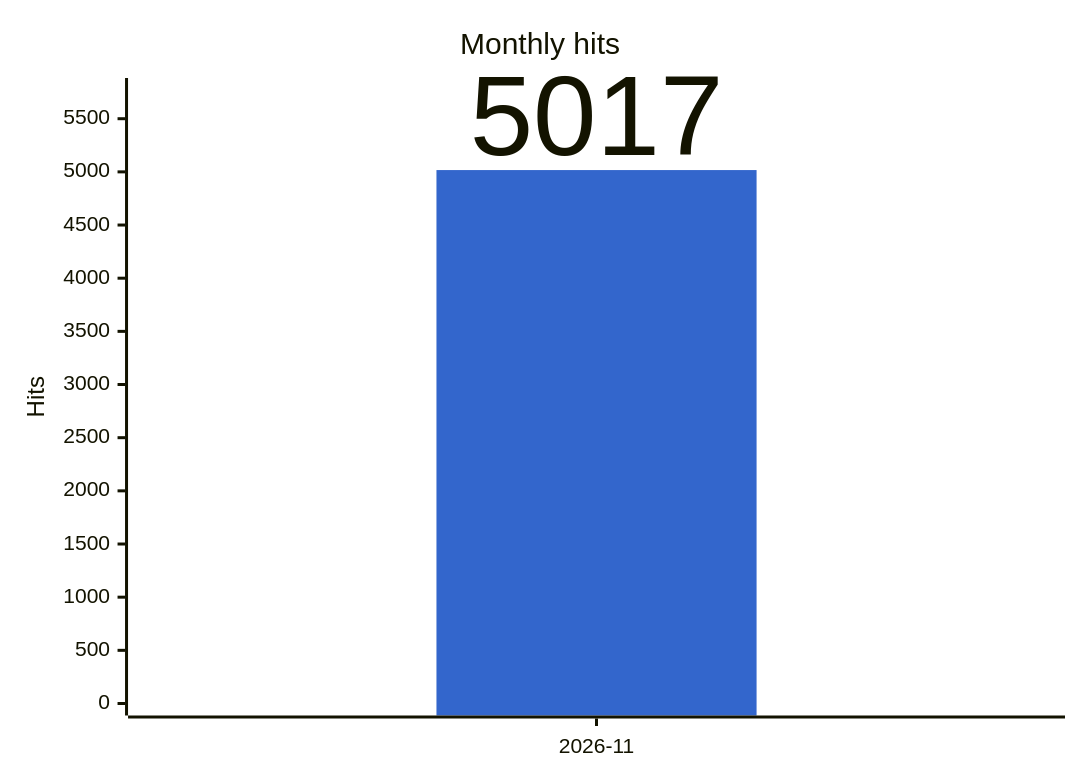
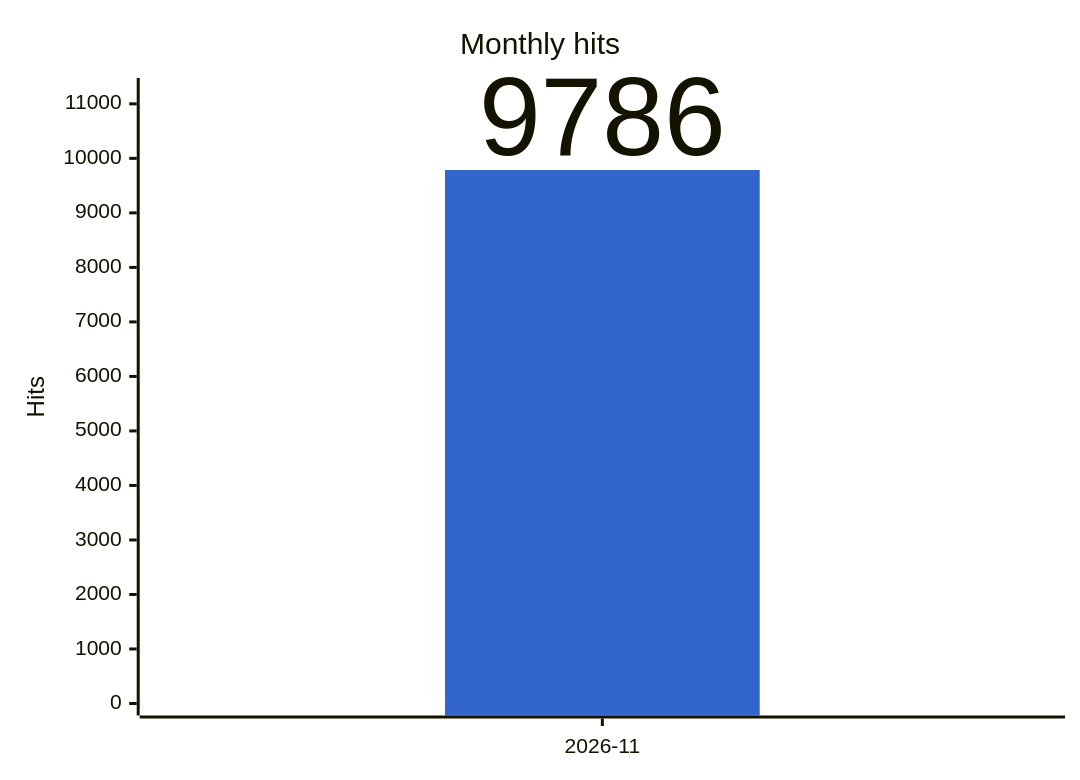
The third of 3 diagrams in docs/stats.md (gmoulard/wikipedia2book), drawn with Mermaid before and after one commit. The commit also changed other lines of this file and 2 other files, not shown here.

````diff
--- a/docs/stats.md
+++ b/docs/stats.md
@@ -39,8 +39,8 @@
 ```mermaid
 %%{init: {"xyChart": {"width": 700, "showDataLabel": true, "showDataLabelOutsideBar": true}, "themeVariables": {"xyChart": {"plotColorPalette": "#3366cc"}}}}%%
 xychart-beta
     title "Monthly hits"
     x-axis ["2026-11"]
-    y-axis "Hits" 0 --> 5770
-    bar [5017]
+    y-axis "Hits" 0 --> 11254
+    bar [9786]
 ```
````
